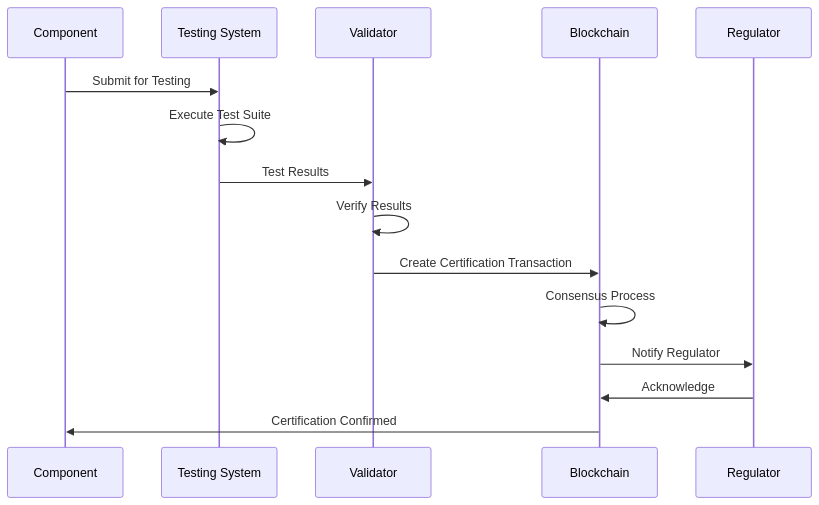
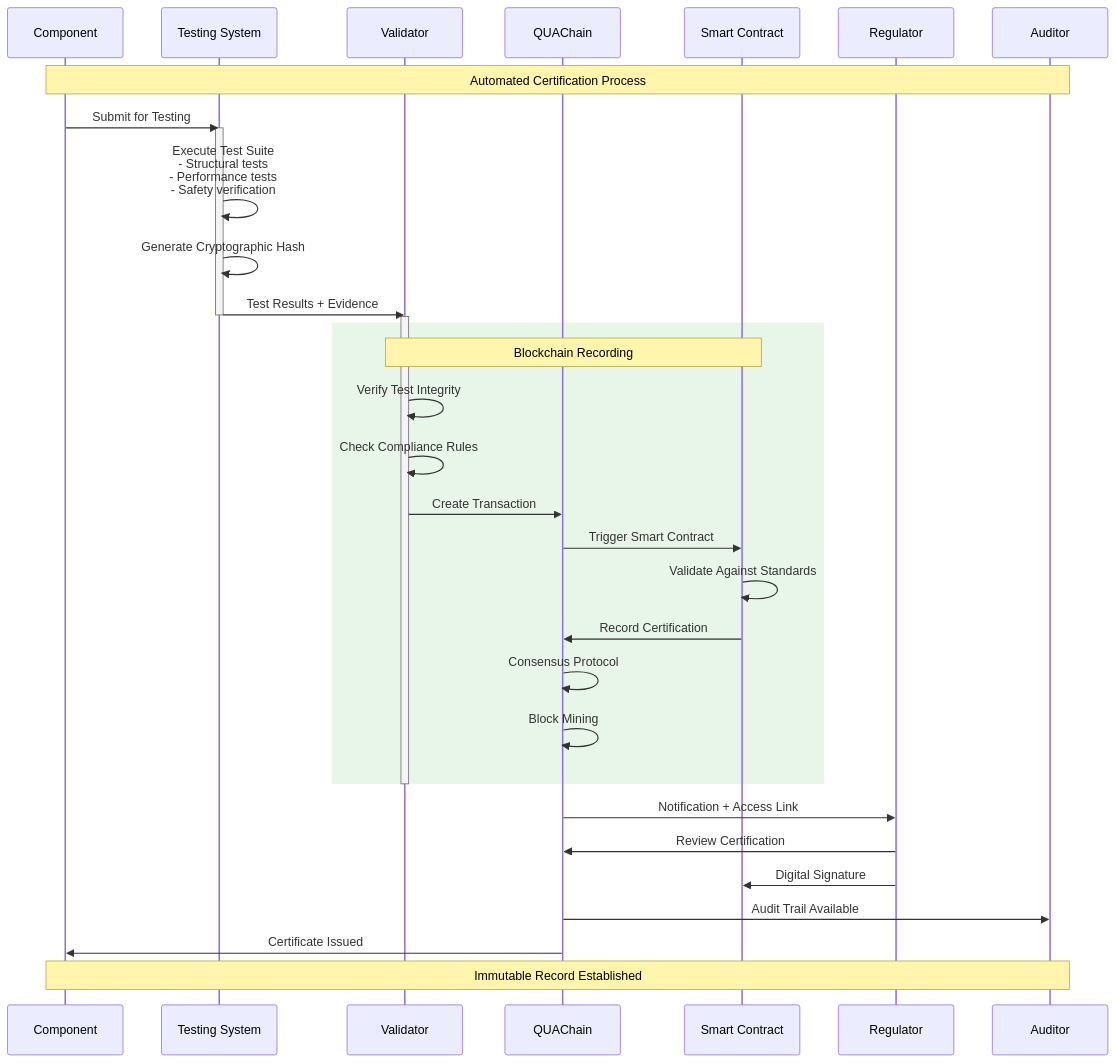
Diagram 14 of 33 in README.md (Robbbo-T/Robbbo-T), drawn with Mermaid before and after one commit. The commit also changed other lines of this file, not shown here.

````diff
--- a/README.md
+++ b/README.md
@@ -1054,18 +1560,41 @@
 ```mermaid
 sequenceDiagram
     participant C as Component
     participant T as Testing System
     participant V as Validator
-    participant BC as Blockchain
+    participant BC as QUAChain
+    participant SC as Smart Contract
     participant R as Regulator
+    participant A as Auditor
+    
+    Note over C,A: Automated Certification Process
     
     C->>T: Submit for Testing
-    T->>T: Execute Test Suite
-    T->>V: Test Results
-    V->>V: Verify Results
-    V->>BC: Create Certification Transaction
-    BC->>BC: Consensus Process
-    BC->>R: Notify Regulator
-    R->>BC: Acknowledge
-    BC->>C: Certification Confirmed
+    activate T
+    T->>T: Execute Test Suite<br/>- Structural tests<br/>- Performance tests<br/>- Safety verification
+    T->>T: Generate Cryptographic Hash
+    T->>V: Test Results + Evidence
+    deactivate T
+    
+    activate V
+    rect rgb(232, 245, 233)
+        Note over V,SC: Blockchain Recording
+        V->>V: Verify Test Integrity
+        V->>V: Check Compliance Rules
+        V->>BC: Create Transaction
+        BC->>SC: Trigger Smart Contract
+        SC->>SC: Validate Against Standards
+        SC->>BC: Record Certification
+        BC->>BC: Consensus Protocol
+        BC->>BC: Block Mining
+    end
+    deactivate V
+    
+    BC->>R: Notification + Access Link
+    R->>BC: Review Certification
+    R->>SC: Digital Signature
+    BC->>A: Audit Trail Available
+    BC->>C: Certificate Issued
+    
+    Note over C,A: Immutable Record Established
 ```
````
